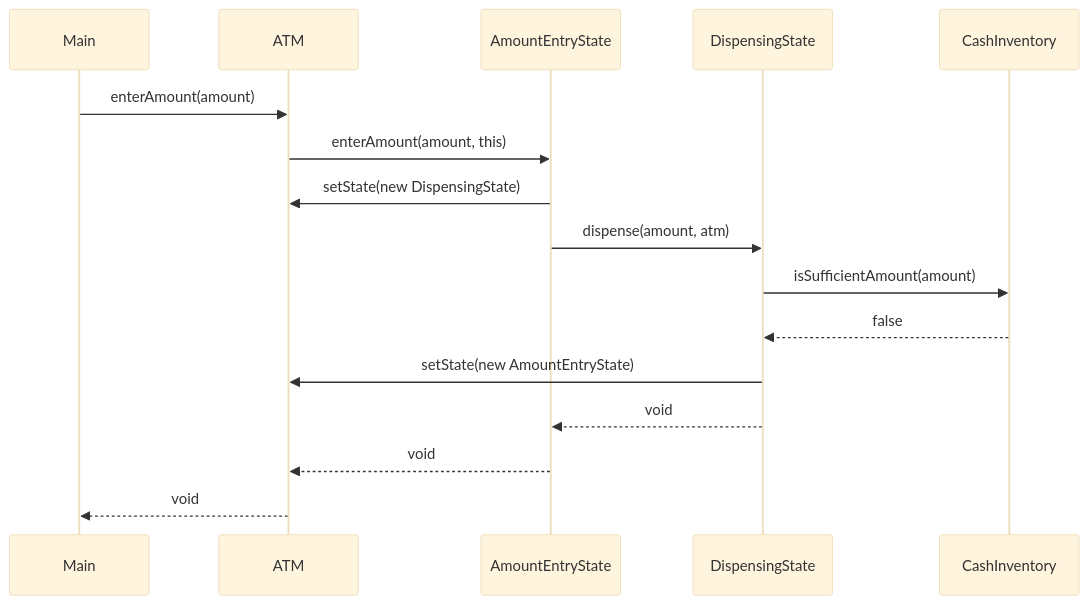
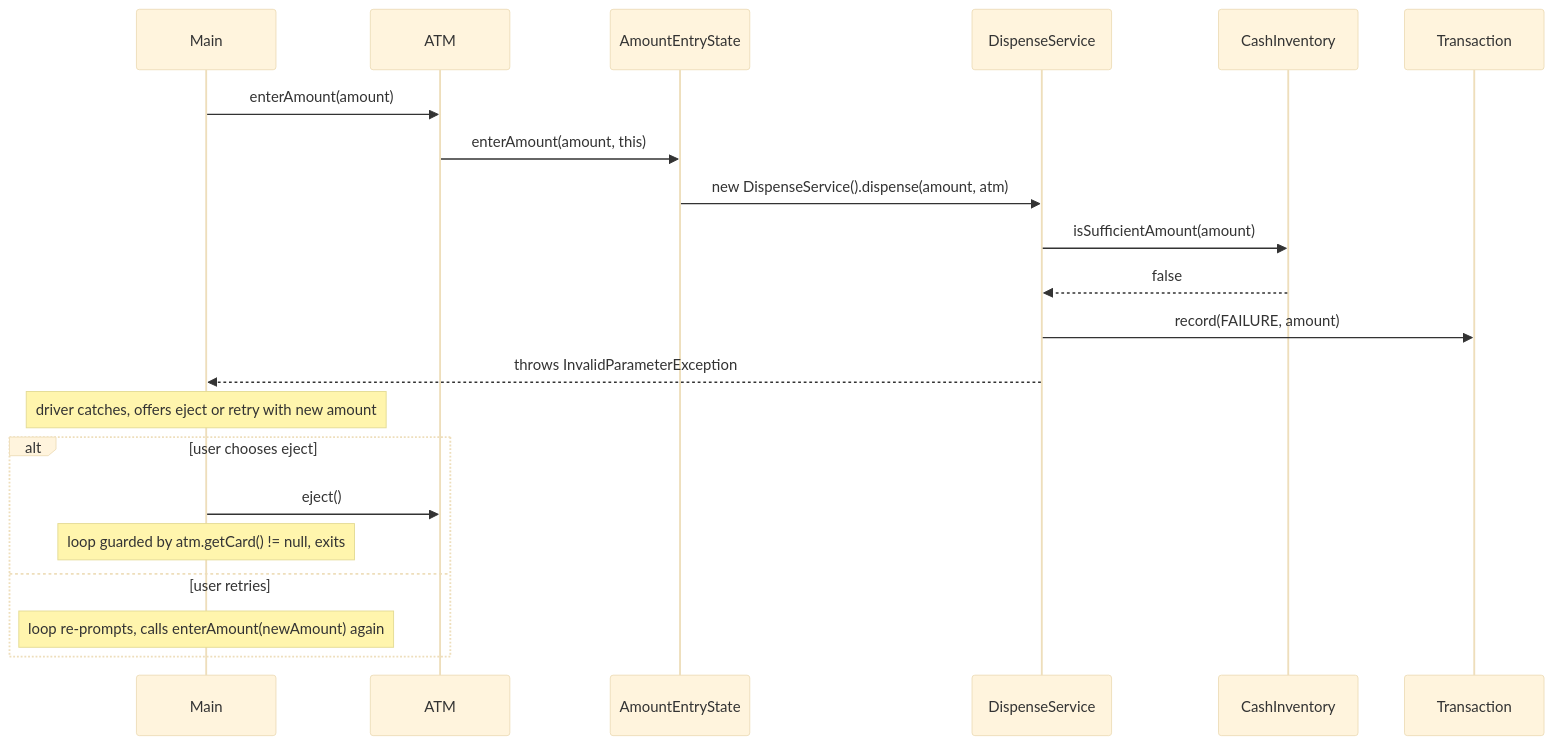
One commit to Anuj-Gupta79/lld-mastery changed the fourth of 4 diagrams in src/main/java/com/lld/problems/atm/notes/notes.md. Above: the diagram before and after it, drawn with Mermaid (base theme). The commit also changed other lines of this file and 19 other files, not shown here.

Commit message:
Problem: ATM machine - state pattern, driver owned retry looped

````diff
--- a/src/main/java/com/lld/problems/atm/notes/notes.md
+++ b/src/main/java/com/lld/problems/atm/notes/notes.md
@@ -214,19 +243,25 @@
 ```mermaid
 sequenceDiagram
     participant Main
     participant ATM
     participant AmountEntryState
-    participant DispensingState
+    participant DispenseService
     participant CashInventory
+    participant Transaction
 
     Main->>ATM: enterAmount(amount)
     ATM->>AmountEntryState: enterAmount(amount, this)
-    AmountEntryState->>ATM: setState(new DispensingState)
-    AmountEntryState->>DispensingState: dispense(amount, atm)
-    DispensingState->>CashInventory: isSufficientAmount(amount)
-    CashInventory-->>DispensingState: false
-    DispensingState->>ATM: setState(new AmountEntryState)
-    DispensingState-->>AmountEntryState: void
-    AmountEntryState-->>ATM: void
-    ATM-->>Main: void
+    AmountEntryState->>DispenseService: new DispenseService().dispense(amount, atm)
+    DispenseService->>CashInventory: isSufficientAmount(amount)
+    CashInventory-->>DispenseService: false
+    DispenseService->>Transaction: record(FAILURE, amount)
+    DispenseService-->>Main: throws InvalidParameterException
+
+    Note over Main: driver catches, offers eject or retry with new amount
+    alt user chooses eject
+        Main->>ATM: eject()
+        Note over Main: loop guarded by atm.getCard() != null, exits
+    else user retries
+        Note over Main: loop re-prompts, calls enterAmount(newAmount) again
+    end
 ```
````
